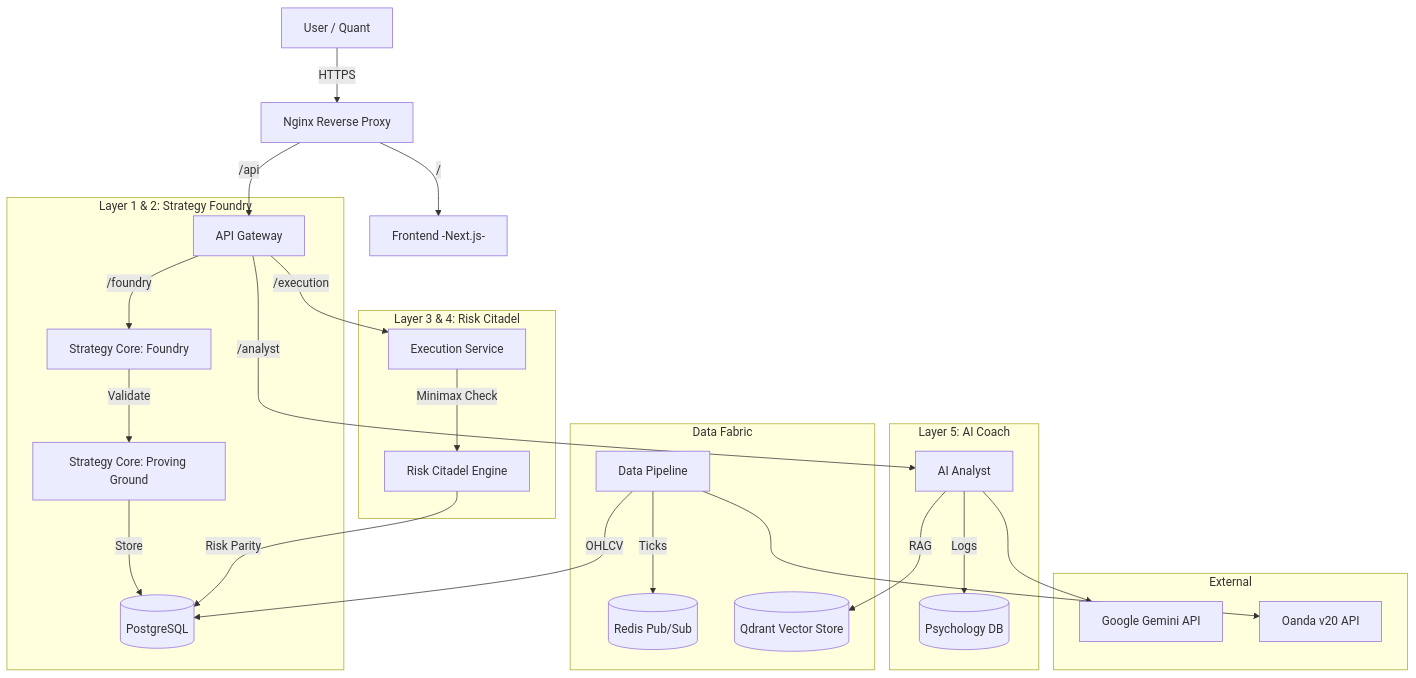
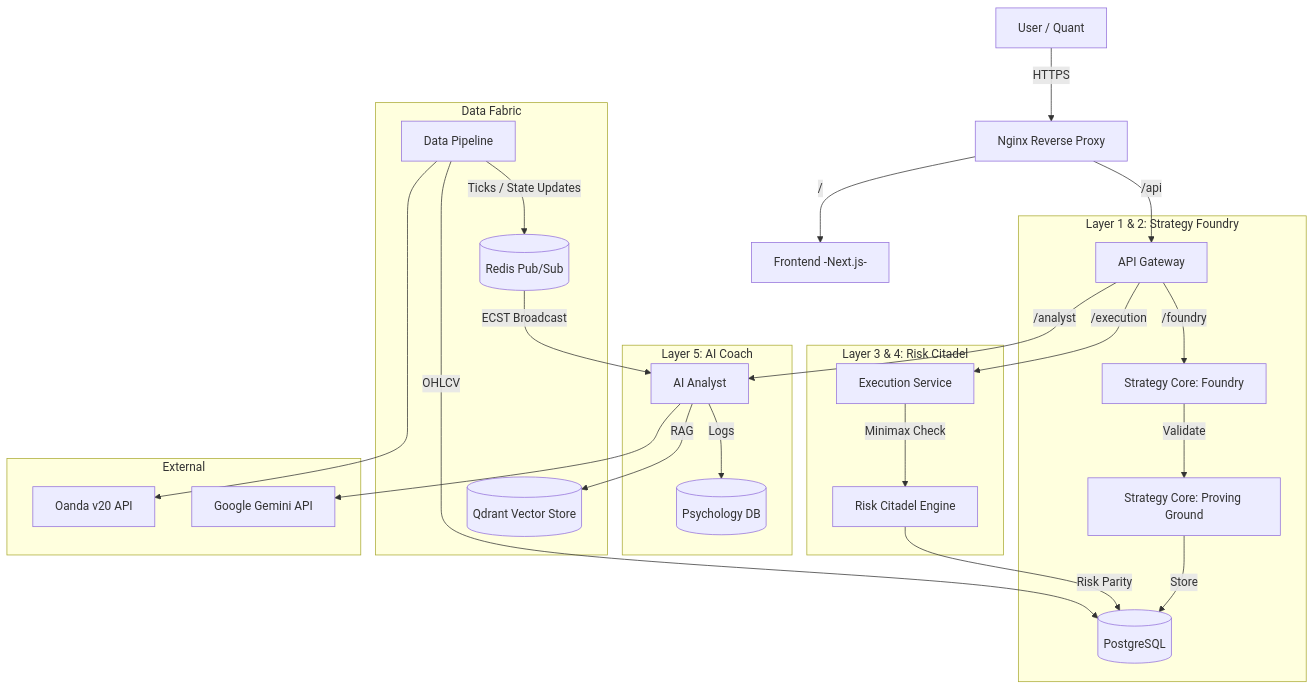
One commit to damrongsak/mtf-trading-system changed the first of 2 diagrams in specs/01_architecture.md. Above: the diagram before and after it, drawn with Mermaid. The commit also changed other lines of this file and 8 other files, not shown here.

````diff
--- a/specs/01_architecture.md
+++ b/specs/01_architecture.md
@@ -9,34 +9,35 @@
 ```mermaid
 graph TD
     User[User / Quant] -->|HTTPS| Nginx[Nginx Reverse Proxy]
     Nginx -->|/api| Gateway[API Gateway]
     Nginx -->|/| Frontend[Frontend -Next.js-]
 
     subgraph "Layer 1 & 2: Strategy Foundry"
         Gateway -->|/foundry| Foundry[Strategy Core: Foundry]
         Foundry -->|Validate| ProvingGround[Strategy Core: Proving Ground]
         ProvingGround -->|Store| DB[(PostgreSQL)]
     end
 
     subgraph "Layer 3 & 4: Risk Citadel"
         Gateway -->|/execution| Execution[Execution Service]
         Execution -->|Minimax Check| Citadel[Risk Citadel Engine]
         Citadel -->|Risk Parity| DB
     end
 
     subgraph "Layer 5: AI Coach"
         Gateway -->|/analyst| AI[AI Analyst]
         AI -->|Logs| MentalDB[(Psychology DB)]
     end
 
     subgraph "Data Fabric"
-        Data[Data Pipeline] -->|Ticks| Redis[(Redis Pub/Sub)]
+        Data[Data Pipeline] -->|Ticks / State Updates| Redis[(Redis Pub/Sub)]
         Data -->|OHLCV| DB
         AI -->|RAG| Qdrant[(Qdrant Vector Store)]
+        Redis -->|ECST Broadcast| AI
     end
 
     subgraph "External"
         AI --> Gemini[Google Gemini API]
         Data --> Oanda[Oanda v20 API]
     end
 ```
````
